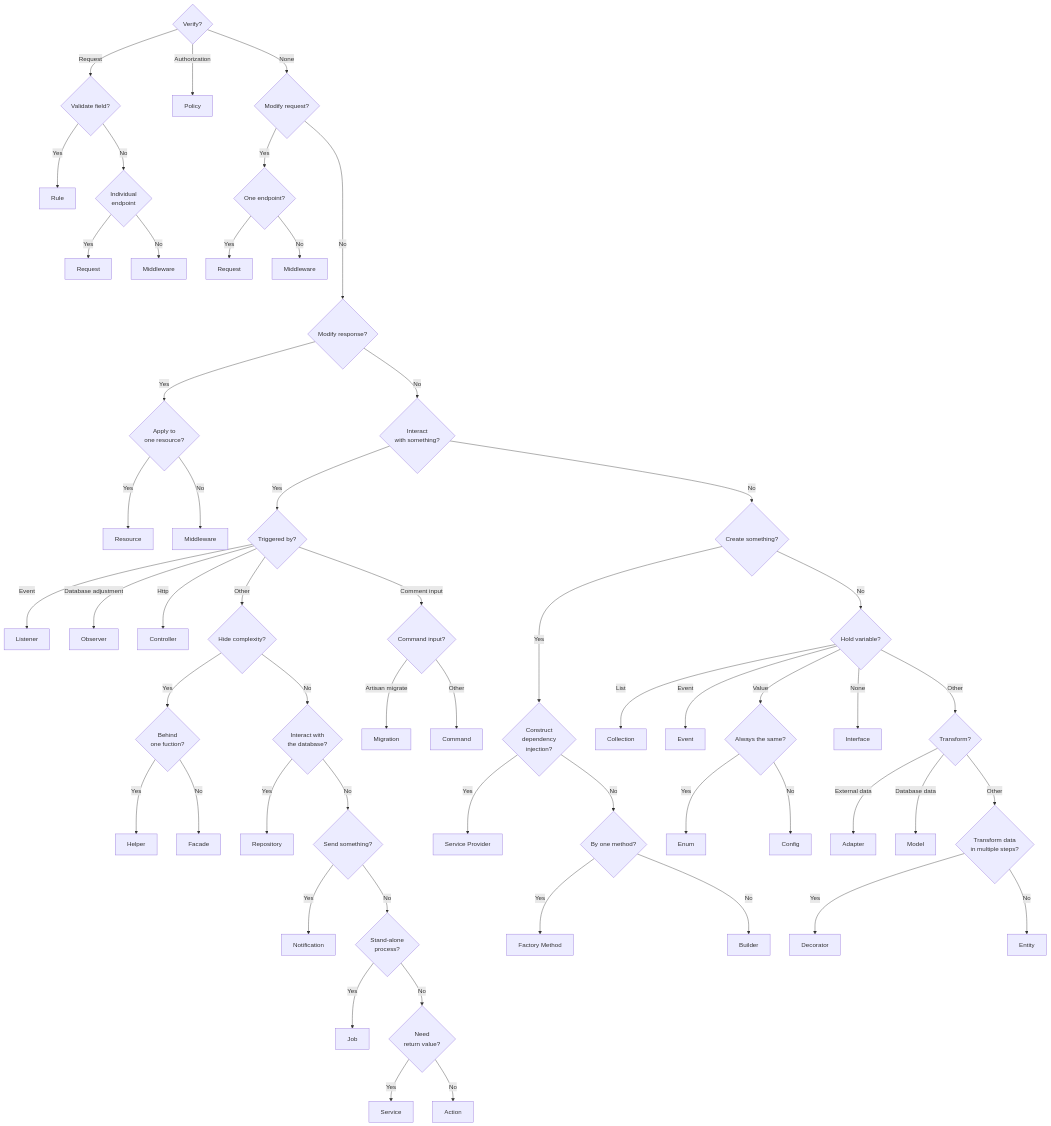
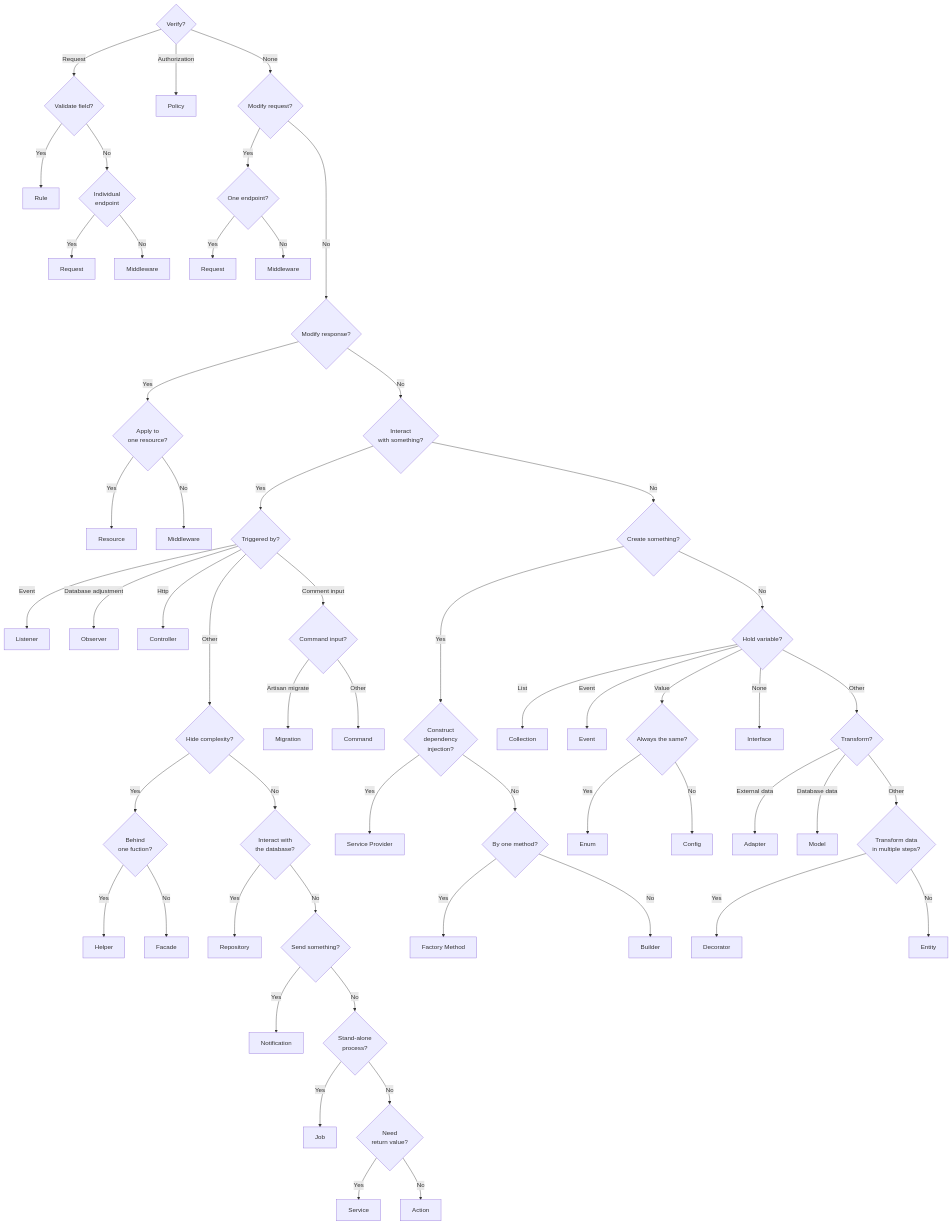
One commit to reindert-vetter/pattern-decision-tree changed the diagram in readme.md. Above: the diagram before and after it, drawn with Mermaid.

````diff
--- a/readme.md
+++ b/readme.md
@@ -3,67 +3,67 @@
 ```mermaid
 flowchart TB
     verify{Verify?}
     verify --> |Request| validate_field{"Validate field?"}
     validate_field --> |Yes| rule[Rule]
     validate_field --> |No|individual{Individual \n endpoint}
     individual --> |Yes| request1[Request]
     individual --> |No| middleware1[Middleware]
     verify --> |Authorization| policy[Policy]
 
     verify --> |None| modify_request{Modify request?}
     modify_request --> |Yes| one_endoint{One endpoint?}
     one_endoint --> |Yes| request2[Request]
     one_endoint --> |No| middleware2[Middleware]
     
     modify_request ----> |No| modify_response{Modify response?}
     modify_response --> |Yes| one_resource{"Apply to \n one resource?"}
     one_resource --> |Yes| resource[Resource]
     one_resource --> |No| middleware3[Middleware]
 
     modify_response --> |No| interact_with_something{Interact \n with something?}
     interact_with_something --> |Yes| triggered_by{"Triggered by?"}
     triggered_by --> |Event| listener[Listener]
     triggered_by --> |Database adjustment| observer[Observer]
     triggered_by --> |Http| controller[Controller]
 
-    triggered_by --> |Other| hide_complexity{"Hide complexity?"}
+    triggered_by ---> |Other| hide_complexity{"Hide complexity?"}
     hide_complexity --> |Yes| behind_one_function{"Behind \n one fuction?"}
     triggered_by --> |Comment input| command_input{Command input?}
     command_input --> |Artisan migrate| migration[Migration]
     command_input --> |Other| command[Command]
 
     behind_one_function --> |Yes| helper[Helper]
     behind_one_function --> |No| facade[Facade]
     hide_complexity --> |No| interact_with_database{"Interact with \n the database?"}
     interact_with_database --> |Yes| repository[Repository]
 
     interact_with_database --> |No| send_something{Send something?}
     send_something --> |Yes| notification[Notification]
      
     send_something --> |No| stand_alone_process{Stand-alone \n process?}
     stand_alone_process --> |Yes| job[Job]
     stand_alone_process --> |No| need_return_value{Need \n return value?}
     need_return_value --> |Yes| service[Service]
     need_return_value --> |No| action[Action]
     
     interact_with_something --> |No| create_something{Create something?}
     create_something ---> |Yes| construct_dependency{Construct \n dependency \n injection?}
     construct_dependency --> |Yes| service_provider[Service Provider]
     construct_dependency --> |No| by_one_method{By one method?}
     by_one_method --> |Yes| factory_method[Factory Method]
     by_one_method --> |No| builder[Builder]
     create_something --> |No| hold_variable{Hold variable?}
     hold_variable --> |List| collection[Collection]
     hold_variable --> |Event| event[Event]
     hold_variable --> |Value| dates_are_always_the_same{"Always the same?"}
     hold_variable --> |None| interface[Interface]
     dates_are_always_the_same --> |Yes| enum[Enum]
     dates_are_always_the_same --> |No| config[Config]
 
     hold_variable --> |Other| transform{"Transform?"}
     transform --> |External data| adapter[Adapter]
     transform --> |Database data| model[Model]
     transform --> |Other| transform_data_in_multiple_steps{"Transform data \n in multiple steps?"}
     transform_data_in_multiple_steps --> |Yes| decorator[Decorator]
     transform_data_in_multiple_steps --> |No| entity[Entity]
  ```
````
